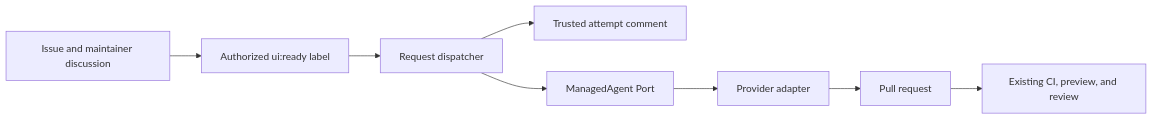
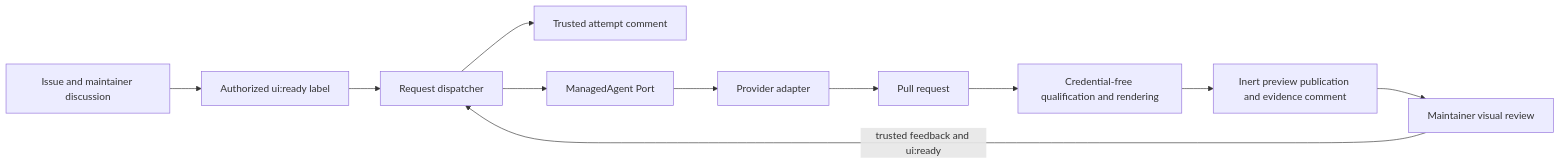
Before and after one commit to astrale-os/ui: the diagram in request/.spec/architecture.md, drawn with Mermaid. The commit also changed other lines of this file and 21 other files, not shown here.

Commit message:
feat(request): add visual PR review loop (#95)

````diff
--- a/request/.spec/architecture.md
+++ b/request/.spec/architecture.md
@@ -10,10 +11,13 @@
 ```mermaid
 flowchart LR
   I[Issue and maintainer discussion] --> L[Authorized ui:ready label]
   L --> D[Request dispatcher]
   D --> S[Trusted attempt comment]
   D --> A[ManagedAgent Port]
   A --> P[Provider adapter]
   P --> R[Pull request]
-  R --> C[Existing CI, preview, and review]
+  R --> Q[Credential-free qualification and rendering]
+  Q --> E[Inert preview publication and evidence comment]
+  E --> V[Maintainer visual review]
+  V -->|trusted feedback and ui:ready| D
 ```
````
